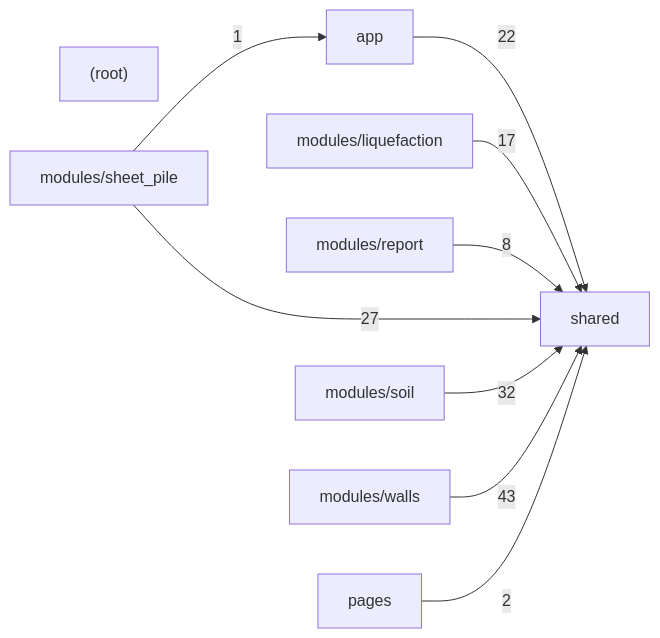
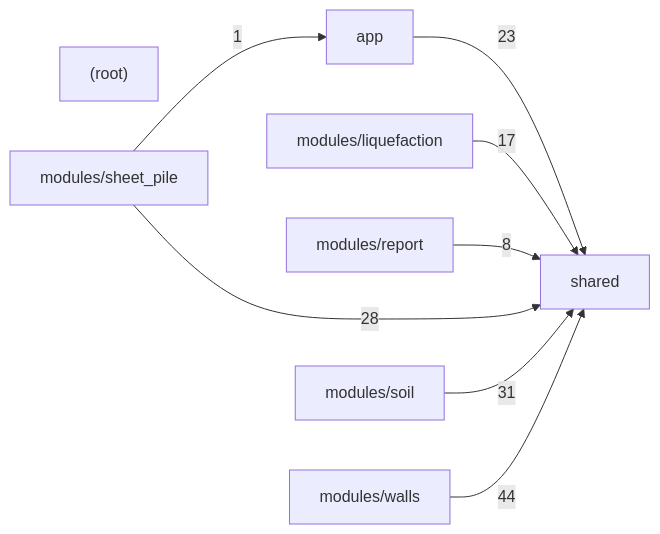
One commit to umutsertkaya/Foundation_Engineering_Program changed the second of 2 diagrams in docs/CODE_MAP.md. Above: the diagram before and after it, drawn with Mermaid. The commit also changed other lines of this file and 2 other files, not shown here.

````diff
--- a/docs/CODE_MAP.md
+++ b/docs/CODE_MAP.md
@@ -559,20 +559,18 @@
 ```mermaid
 graph LR
   _root_["(root)"]
   app["app"]
   modules_liquefaction["modules/liquefaction"]
   modules_report["modules/report"]
   modules_sheet_pile["modules/sheet_pile"]
   modules_soil["modules/soil"]
   modules_walls["modules/walls"]
-  pages["pages"]
   shared["shared"]
-  app -->|22| shared
+  app -->|23| shared
   modules_liquefaction -->|17| shared
   modules_report -->|8| shared
   modules_sheet_pile -->|1| app
-  modules_sheet_pile -->|27| shared
-  modules_soil -->|32| shared
-  modules_walls -->|43| shared
-  pages -->|2| shared
+  modules_sheet_pile -->|28| shared
+  modules_soil -->|31| shared
+  modules_walls -->|44| shared
 ```
````
